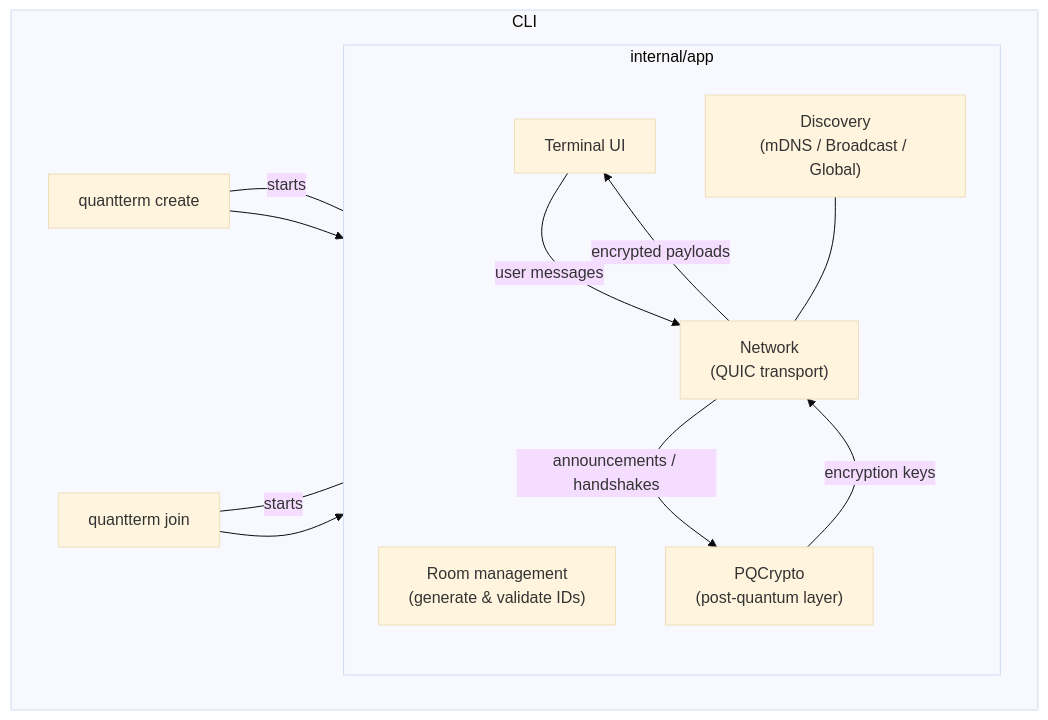
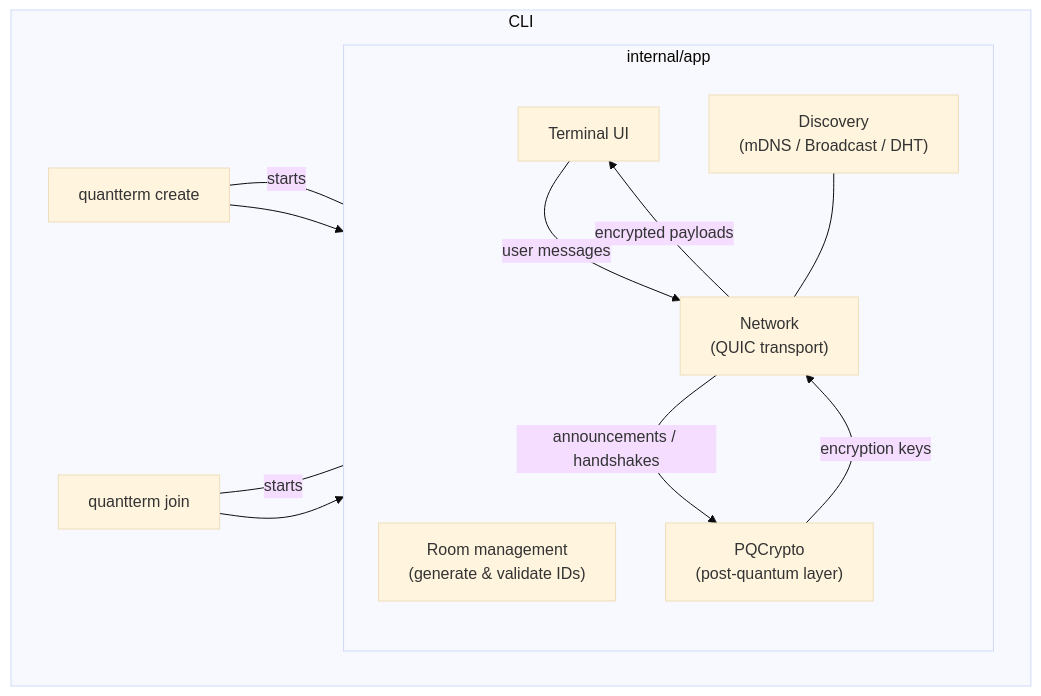
Before and after one commit to reschjonas/Entropia: the diagram in TECHNICAL_OVERVIEW.md, drawn with Mermaid (base theme). The commit also changed other lines of this file, not shown here.

````diff
--- a/TECHNICAL_OVERVIEW.md
+++ b/TECHNICAL_OVERVIEW.md
@@ -21,24 +21,24 @@
 ```mermaid
 flowchart TD
     subgraph CLI
         A1[quantterm create] ---|starts| APP
         A2[quantterm join] ---|starts| APP
     end
 
     subgraph APP[internal/app]
         direction TB
         B1["Room management<br/>(generate & validate IDs)"]
         B2["PQCrypto<br/>(post-quantum layer)"]
         B3["Network<br/>(QUIC transport)"]
-        B4["Discovery<br/>(mDNS / Broadcast / Global)"]
+        B4["Discovery<br/>(mDNS / Broadcast / DHT)"]
         B5["Terminal UI"]
     end
 
     A1 --> APP
     A2 --> APP
     B5 -- user messages --> B3
     B3 -- encrypted payloads --> B5
     B3 -- announcements / handshakes --> B2
     B2 -- encryption keys --> B3
     B4 --- B3
 ```
````
